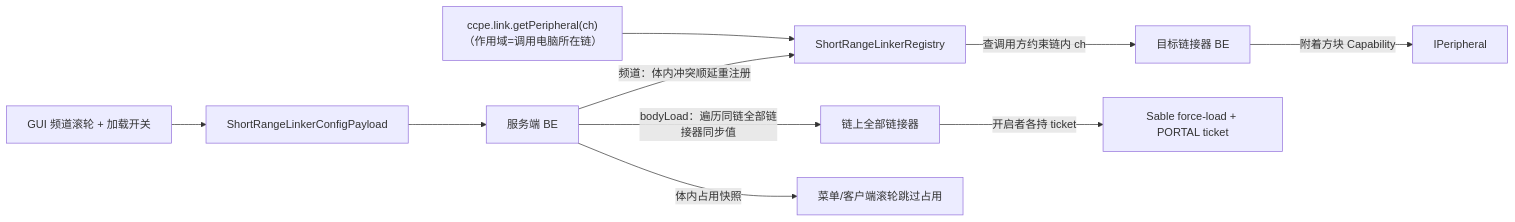
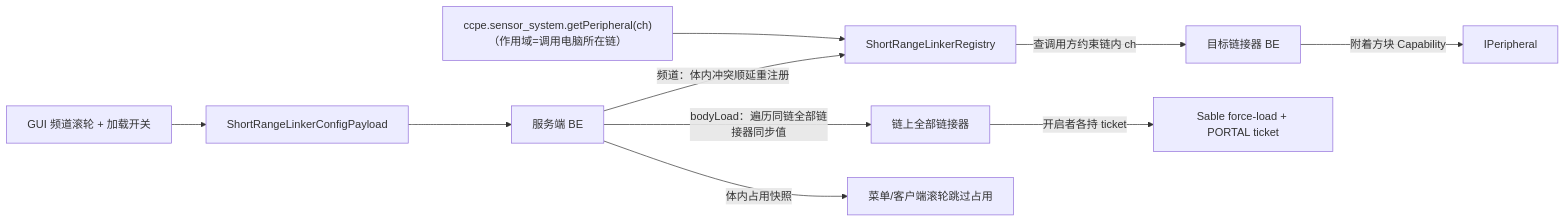
Before and after one commit to ZombieEggStew/ccnavigationtable-template-1.21.1: the diagram in memo/short-range link.md, drawn with Mermaid. The commit also changed other lines of this file and 1 other file, not shown here.

````diff
--- a/memo/short-range link.md
+++ b/memo/short-range link.md
@@ -87,12 +88,12 @@
 ```mermaid
 flowchart LR
-    Lua["ccpe.link.getPeripheral(ch)<br/>（作用域=调用电脑所在链）"] --> Reg[ShortRangeLinkerRegistry]
+    Lua["ccpe.sensor_system.getPeripheral(ch)<br/>（作用域=调用电脑所在链）"] --> Reg[ShortRangeLinkerRegistry]
     Reg -->|"查调用方约束链内 ch"| Target[目标链接器 BE]
     Target -->|"附着方块 Capability"| Periph[IPeripheral]
     GUI[GUI 频道滚轮 + 加载开关] --> Payload[ShortRangeLinkerConfigPayload]
     Payload --> BE[服务端 BE]
     BE -->|"频道：体内冲突顺延重注册"| Reg
     BE -->|"bodyLoad：遍历同链全部链接器同步值"| Chain[链上全部链接器]
     Chain -->|"开启者各持 ticket"| Sable[Sable force-load + PORTAL ticket]
     BE -->|"体内占用快照"| Menu[菜单/客户端滚轮跳过占用]
 ```
````
